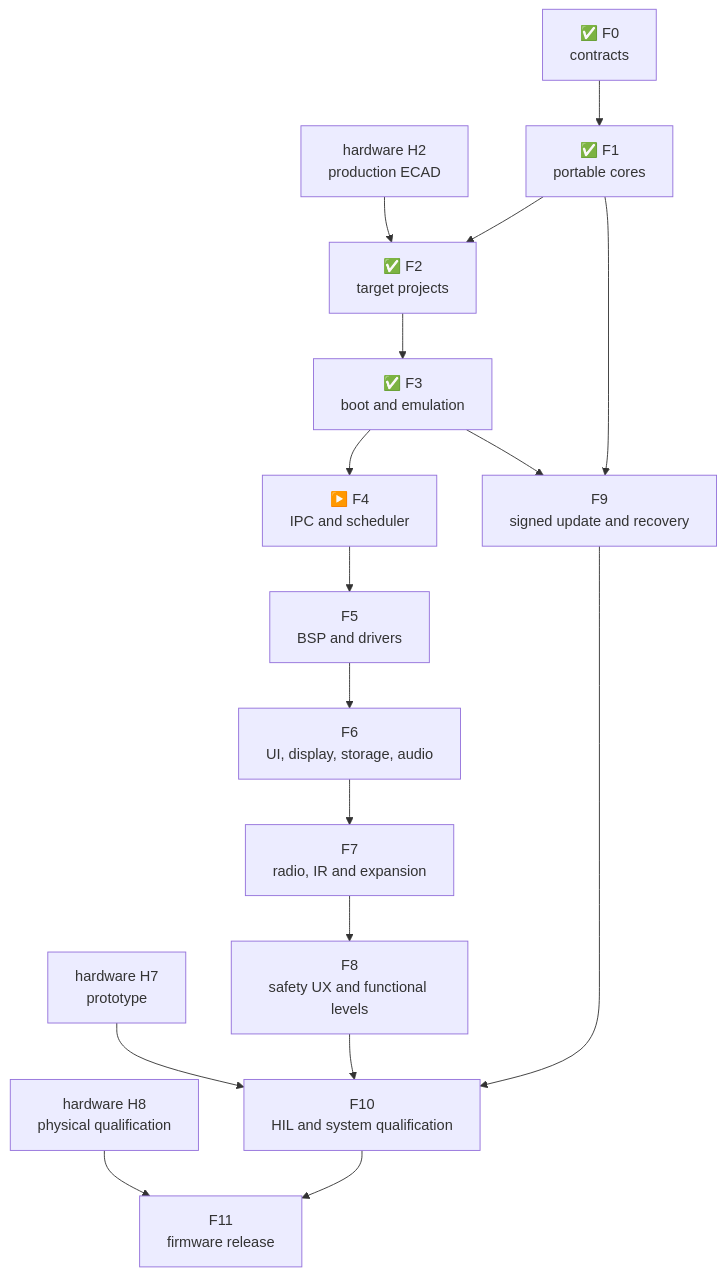
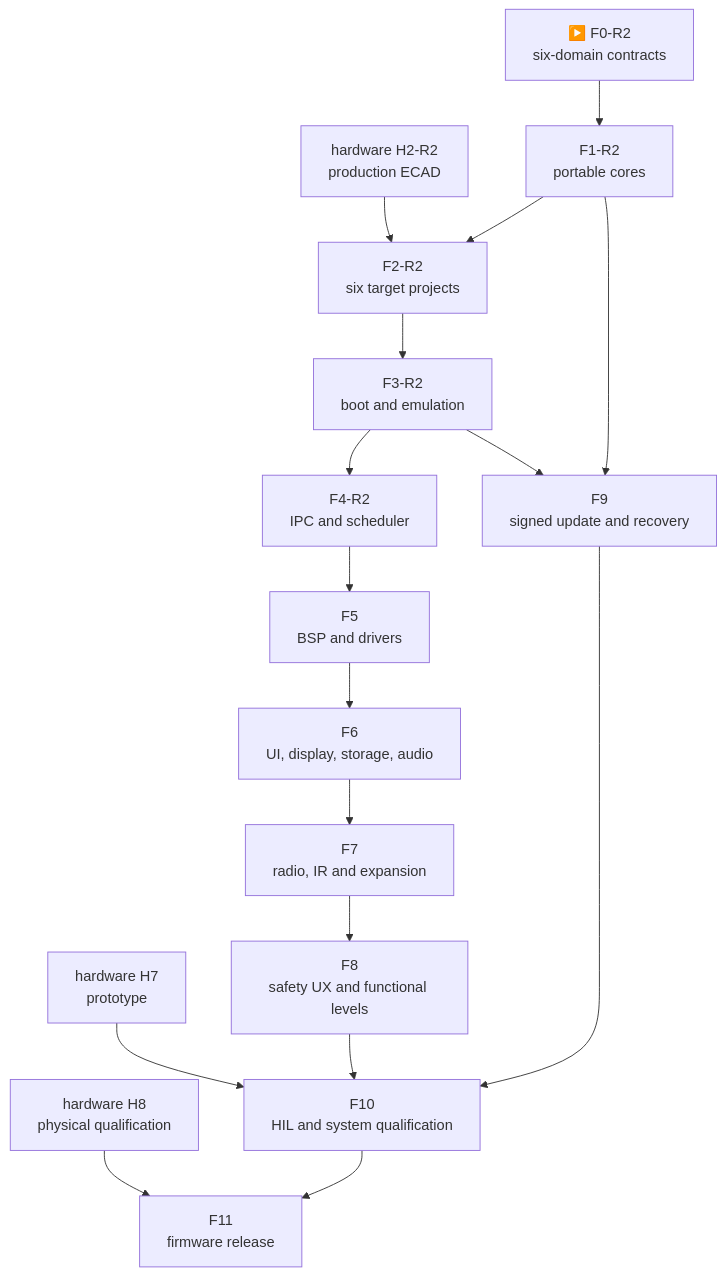
One commit to anton-vinogradov/esp32-leshy2-firmware changed the diagram in docs/roadmap.md. Above: the diagram before and after it, drawn with Mermaid. The commit also changed other lines of this file and 10 other files, not shown here.

````diff
--- a/docs/roadmap.md
+++ b/docs/roadmap.md
@@ -162,25 +167,25 @@
 ```mermaid
 flowchart TD
-  H2["hardware H2<br/>production ECAD"]
+  H2["hardware H2-R2<br/>production ECAD"]
   H7["hardware H7<br/>prototype"]
   H8["hardware H8<br/>physical qualification"]
-  F0["✅ F0<br/>contracts"]
-  F1["✅ F1<br/>portable cores"]
-  F2["✅ F2<br/>target projects"]
-  F3["✅ F3<br/>boot and emulation"]
-  F4["▶️ F4<br/>IPC and scheduler"]
+  F0["▶️ F0-R2<br/>six-domain contracts"]
+  F1["F1-R2<br/>portable cores"]
+  F2["F2-R2<br/>six target projects"]
+  F3["F3-R2<br/>boot and emulation"]
+  F4["F4-R2<br/>IPC and scheduler"]
   F5["F5<br/>BSP and drivers"]
   F6["F6<br/>UI, display, storage, audio"]
   F7["F7<br/>radio, IR and expansion"]
   F8["F8<br/>safety UX and functional levels"]
   F9["F9<br/>signed update and recovery"]
   F10["F10<br/>HIL and system qualification"]
   F11["F11<br/>firmware release"]
 
   F0 --> F1 --> F2 --> F3 --> F4 --> F5 --> F6 --> F7 --> F8 --> F10 --> F11
   F1 --> F9
   F3 --> F9 --> F10
   H2 --> F2
   H7 --> F10
   H8 --> F11
 ```
````
